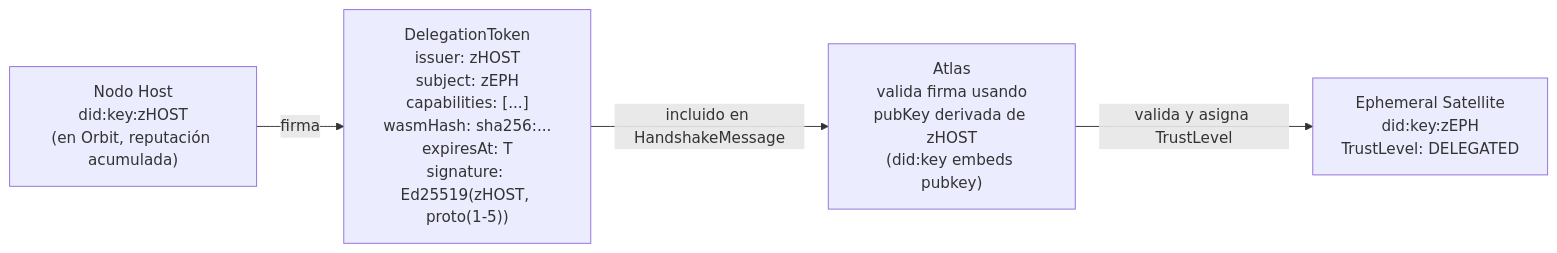
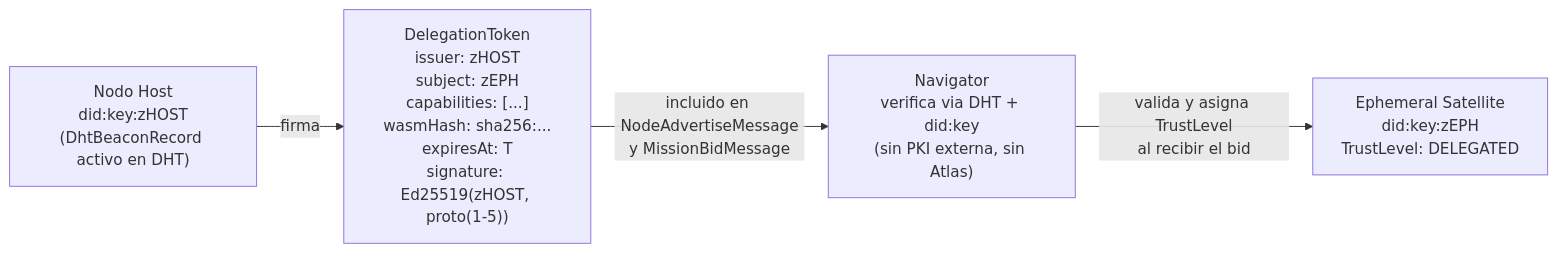
One commit to rafex/galaxIA changed the second of 2 diagrams in protocol/trust.md. Above: the diagram before and after it, drawn with Mermaid. The commit also changed other lines of this file and 3 other files, not shown here.

````diff
--- a/protocol/trust.md
+++ b/protocol/trust.md
@@ -41,11 +47,11 @@
 ```mermaid
 flowchart LR
-    H["Nodo Host<br/>did:key:zHOST<br/>(en Orbit, reputación acumulada)"]
+    H["Nodo Host<br/>did:key:zHOST<br/>(DhtBeaconRecord activo en DHT)"]
     T["DelegationToken<br/>issuer: zHOST<br/>subject: zEPH<br/>capabilities: [...]<br/>wasmHash: sha256:...<br/>expiresAt: T<br/>signature: Ed25519(zHOST, proto(1-5))"]
     E["Ephemeral Satellite<br/>did:key:zEPH<br/>TrustLevel: DELEGATED"]
-    A["Atlas<br/>valida firma usando<br/>pubKey derivada de zHOST<br/>(did:key embeds pubkey)"]
+    NAV["Navigator<br/>verifica via DHT + did:key<br/>(sin PKI externa, sin Atlas)"]
 
-    H -->|firma| T
-    T -->|incluido en HandshakeMessage| A
-    A -->|valida y asigna TrustLevel| E
+    H -->|"firma"| T
+    T -->|"incluido en NodeAdvertiseMessage<br/>y MissionBidMessage"| NAV
+    NAV -->|"valida y asigna TrustLevel<br/>al recibir el bid"| E
 ```
````
